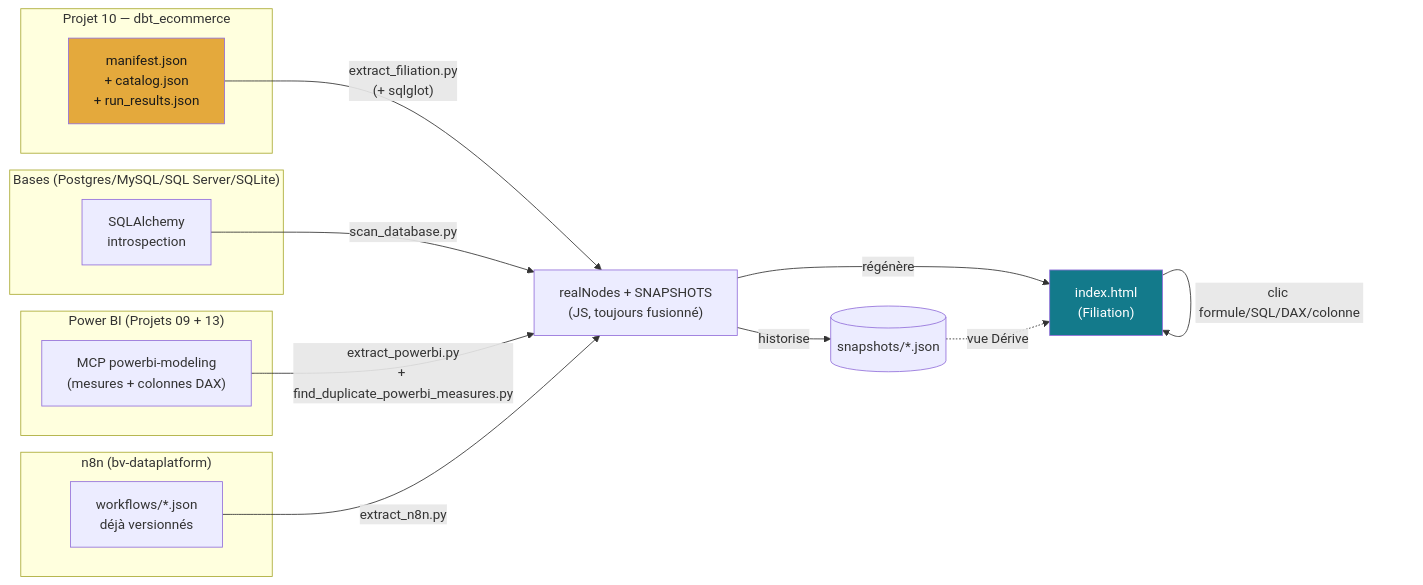
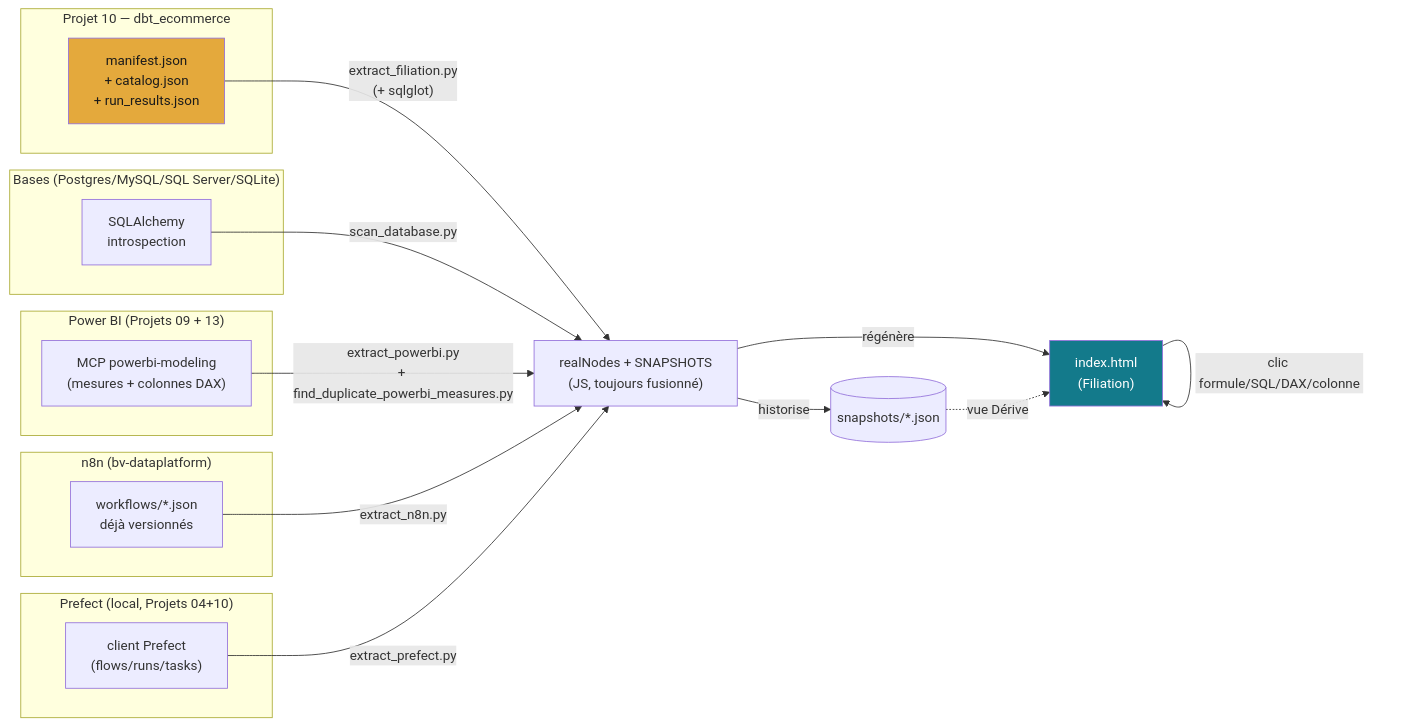
Before and after one commit to valentinratigniet-byte/projet-14-filiation: the diagram in README.md, drawn with Mermaid. The commit also changed other lines of this file and 5 other files, not shown here.

````diff
--- a/README.md
+++ b/README.md
@@ -63,27 +64,31 @@
 ```mermaid
 flowchart LR
     subgraph P10["Projet 10 — dbt_ecommerce"]
         MAN["manifest.json<br/>+ catalog.json<br/>+ run_results.json"]
     end
     subgraph DB["Bases (Postgres/MySQL/SQL Server/SQLite)"]
         SQLA["SQLAlchemy<br/>introspection"]
     end
     subgraph PBI["Power BI (Projets 09 + 13)"]
         MCP["MCP powerbi-modeling<br/>(mesures + colonnes DAX)"]
     end
     subgraph N8N["n8n (bv-dataplatform)"]
         WF["workflows/*.json<br/>déjà versionnés"]
     end
+    subgraph PREF["Prefect (local, Projets 04+10)"]
+        PC["client Prefect<br/>(flows/runs/tasks)"]
+    end
 
     MAN -->|"extract_filiation.py<br/>(+ sqlglot)"| JS["realNodes + SNAPSHOTS<br/>(JS, toujours fusionné)"]
     SQLA -->|scan_database.py| JS
     MCP -->|"extract_powerbi.py<br/>+ find_duplicate_powerbi_measures.py"| JS
     WF -->|extract_n8n.py| JS
+    PC -->|extract_prefect.py| JS
     JS -->|régénère| HTML["index.html<br/>(Filiation)"]
     JS -->|historise| SNAP[("snapshots/*.json")]
     SNAP -.->|vue Dérive| HTML
     HTML -->|clic formule/SQL/DAX/colonne| HTML
 
     style HTML fill:#137A8B,color:#fff
     style MAN fill:#E4A93C,color:#1a1a1a
 ```
````
